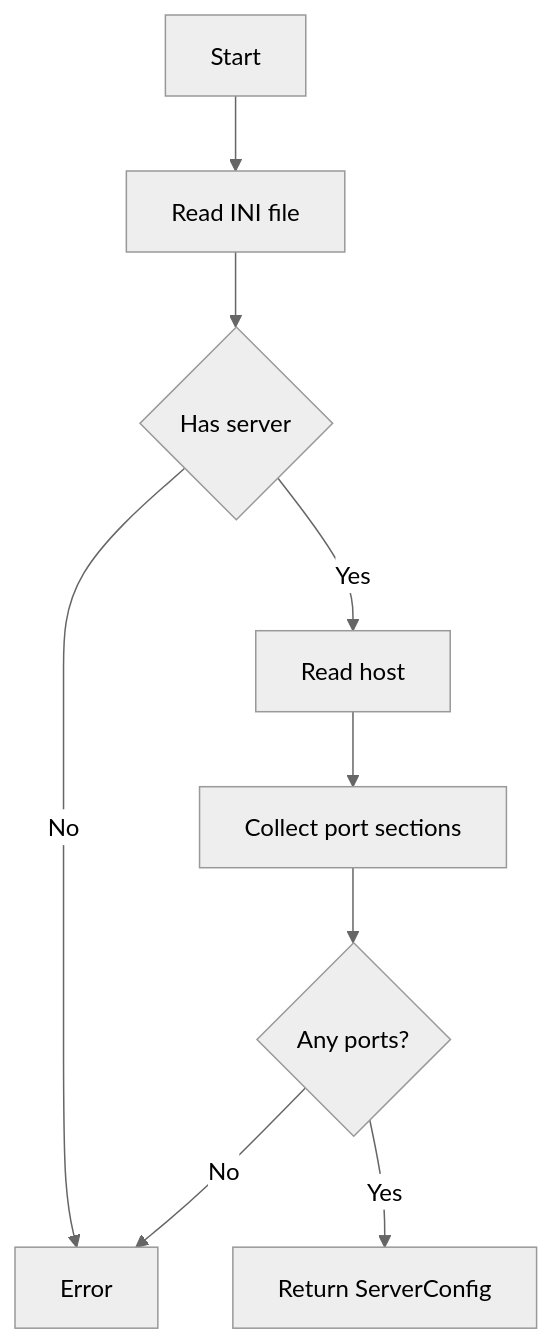
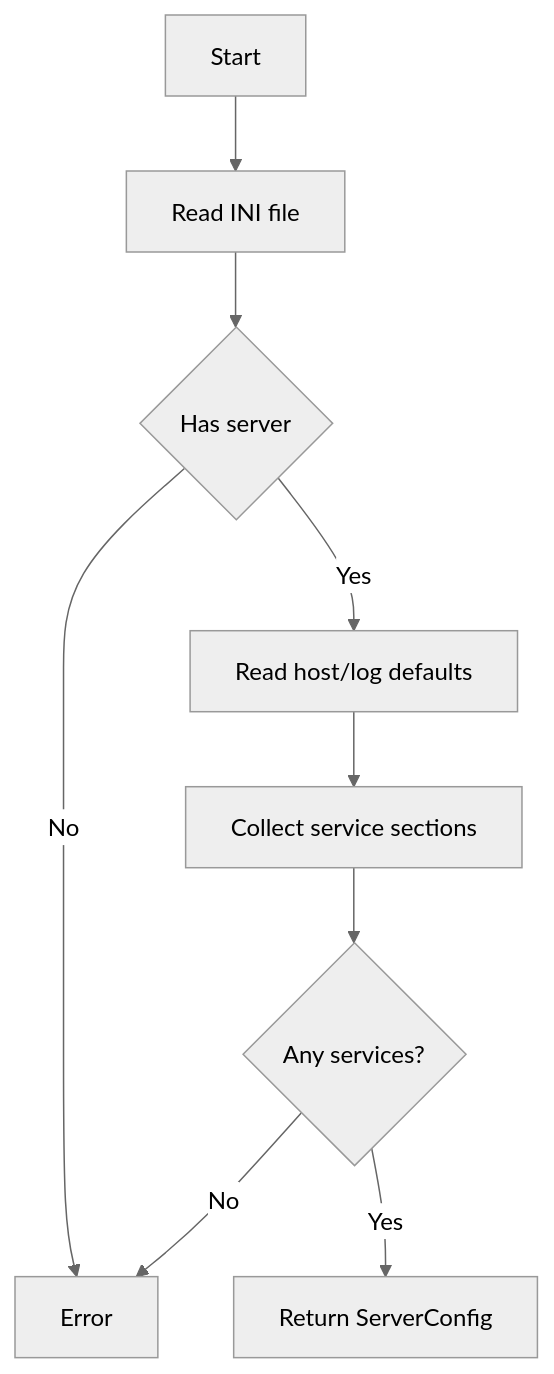
The diagram in docs/config_loader.md (SkySai1/icap-stub), drawn with Mermaid (neutral theme) before and after one commit. The commit also changed other lines of this file and 15 other files, not shown here.

````diff
--- a/docs/config_loader.md
+++ b/docs/config_loader.md
@@ -20,11 +22,11 @@
 ```mermaid
 flowchart TD
     A[Start] --> B[Read INI file]
     B --> C{Has server}
     C -- No --> D[Error]
-    C -- Yes --> E[Read host]
-    E --> F[Collect port sections]
-    F --> G{Any ports?}
+    C -- Yes --> E[Read host/log defaults]
+    E --> F[Collect service sections]
+    F --> G{Any services?}
     G -- No --> D
     G -- Yes --> H[Return ServerConfig]
 ```
````
